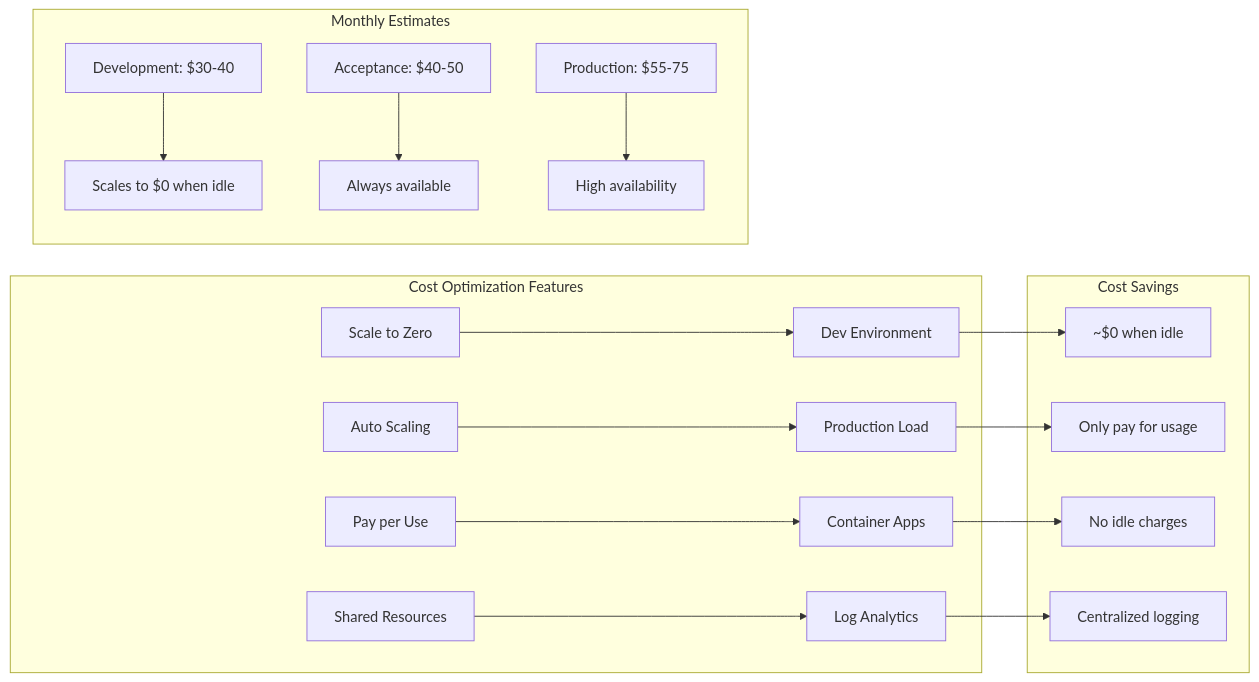
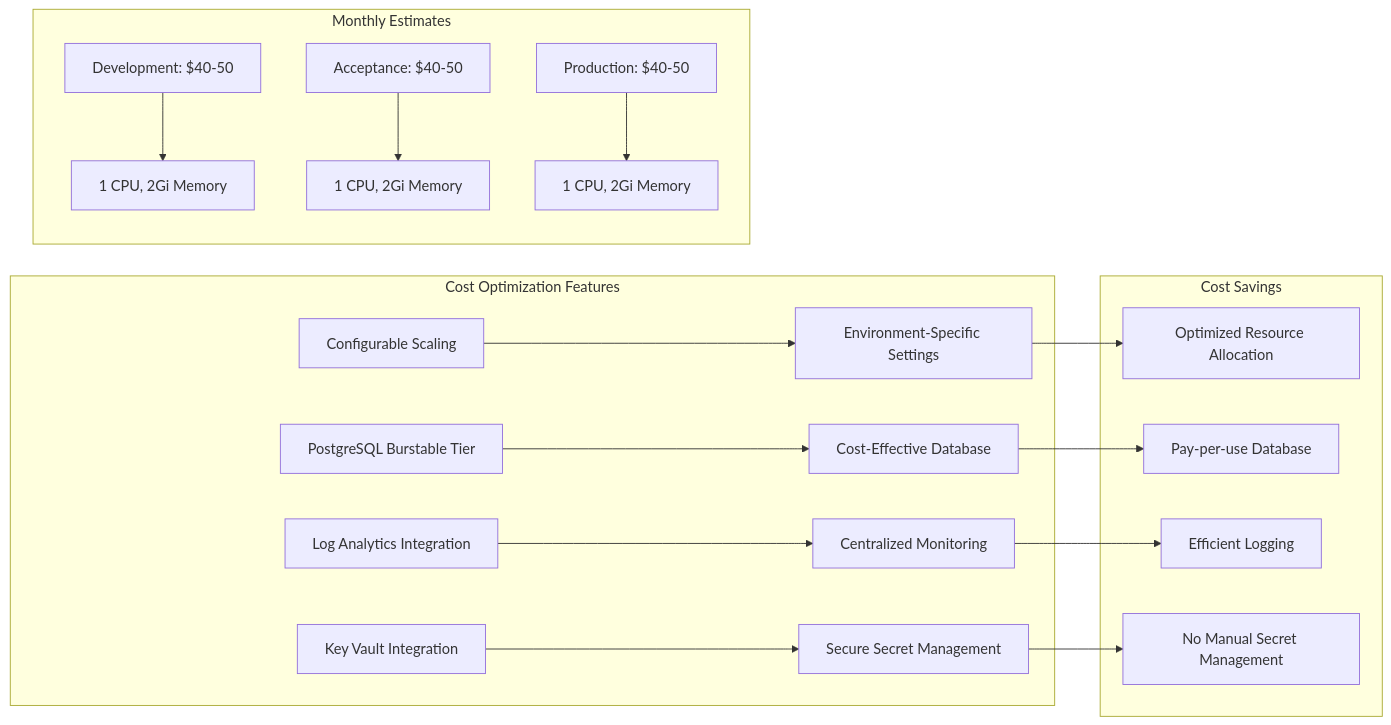
One commit to srmds/n8n-azure-apps-quick-starter changed diagram 11 of 12 in docs/cicd-pipeline.md. Above: the diagram before and after it, drawn with Mermaid. The commit also changed other lines of this file and 15 other files, not shown here.

````diff
--- a/docs/cicd-pipeline.md
+++ b/docs/cicd-pipeline.md
@@ -335,22 +381,22 @@
 ```mermaid
 graph LR
     subgraph "Cost Optimization Features"
-        A[Scale to Zero] --> B[Dev Environment]
-        C[Auto Scaling] --> D[Production Load]
-        E[Pay per Use] --> F[Container Apps]
-        G[Shared Resources] --> H[Log Analytics]
+        A[Configurable Scaling] --> B[Environment-Specific Settings]
+        C[PostgreSQL Burstable Tier] --> D[Cost-Effective Database]
+        E[Log Analytics Integration] --> F[Centralized Monitoring]
+        G[Key Vault Integration] --> H[Secure Secret Management]
     end
 
     subgraph "Cost Savings"
-        B --> I[~$0 when idle]
-        D --> J[Only pay for usage]
-        F --> K[No idle charges]
-        H --> L[Centralized logging]
+        B --> I[Optimized Resource Allocation]
+        D --> J[Pay-per-use Database]
+        F --> K[Efficient Logging]
+        H --> L[No Manual Secret Management]
     end
 
     subgraph "Monthly Estimates"
-        M[Development: $30-40] --> N[Scales to $0 when idle]
-        O[Acceptance: $40-50] --> P[Always available]
-        Q[Production: $55-75] --> R[High availability]
+        M[Development: $40-50] --> N[1 CPU, 2Gi Memory]
+        O[Acceptance: $40-50] --> P[1 CPU, 2Gi Memory]
+        Q[Production: $40-50] --> R[1 CPU, 2Gi Memory]
     end
 ```
````
